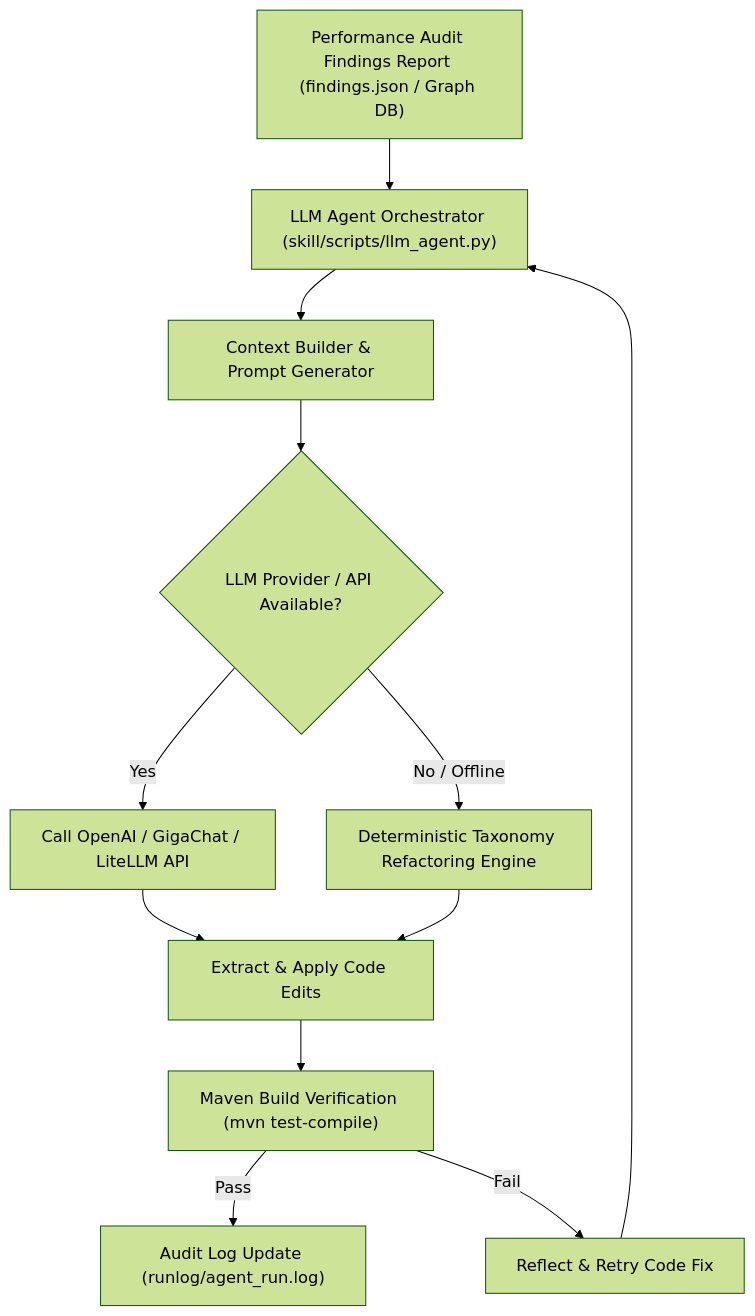
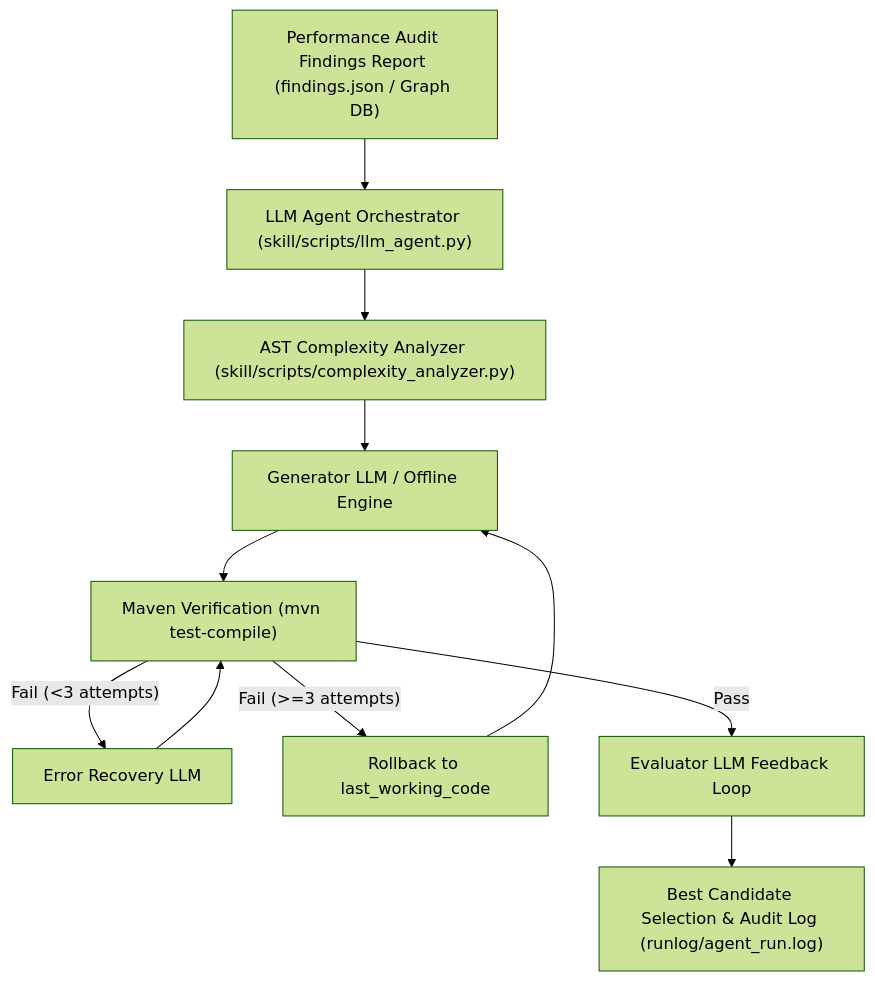
One commit to khoshov/burn-job changed the diagram in skill/SKILL.md. Above: the diagram before and after it, drawn with Mermaid (forest theme). The commit also changed other lines of this file and 91 other files, not shown here.

````diff
--- a/skill/SKILL.md
+++ b/skill/SKILL.md
@@ -14,14 +14,13 @@
 ```mermaid
 graph TD
     A["Performance Audit Findings Report (findings.json / Graph DB)"] --> B["LLM Agent Orchestrator (skill/scripts/llm_agent.py)"]
-    B --> C["Context Builder & Prompt Generator"]
-    C --> D{"LLM Provider / API Available?"}
-    D -- Yes --> E["Call OpenAI / GigaChat / LiteLLM API"]
-    D -- No / Offline --> F["Deterministic Taxonomy Refactoring Engine"]
-    E --> G["Extract & Apply Code Edits"]
-    F --> G
-    G --> H["Maven Build Verification (mvn test-compile)"]
-    H -- Pass --> I["Audit Log Update (runlog/agent_run.log)"]
-    H -- Fail --> J["Reflect & Retry Code Fix"]
-    J --> B
+    B --> C["AST Complexity Analyzer (skill/scripts/complexity_analyzer.py)"]
+    C --> D["Generator LLM / Offline Engine"]
+    D --> E["Maven Verification (mvn test-compile)"]
+    E -- Fail (<3 attempts) --> F["Error Recovery LLM"]
+    F --> E
+    E -- Fail (>=3 attempts) --> G["Rollback to last_working_code"]
+    G --> D
+    E -- Pass --> H["Evaluator LLM Feedback Loop"]
+    H --> I["Best Candidate Selection & Audit Log (runlog/agent_run.log)"]
 ```
````
